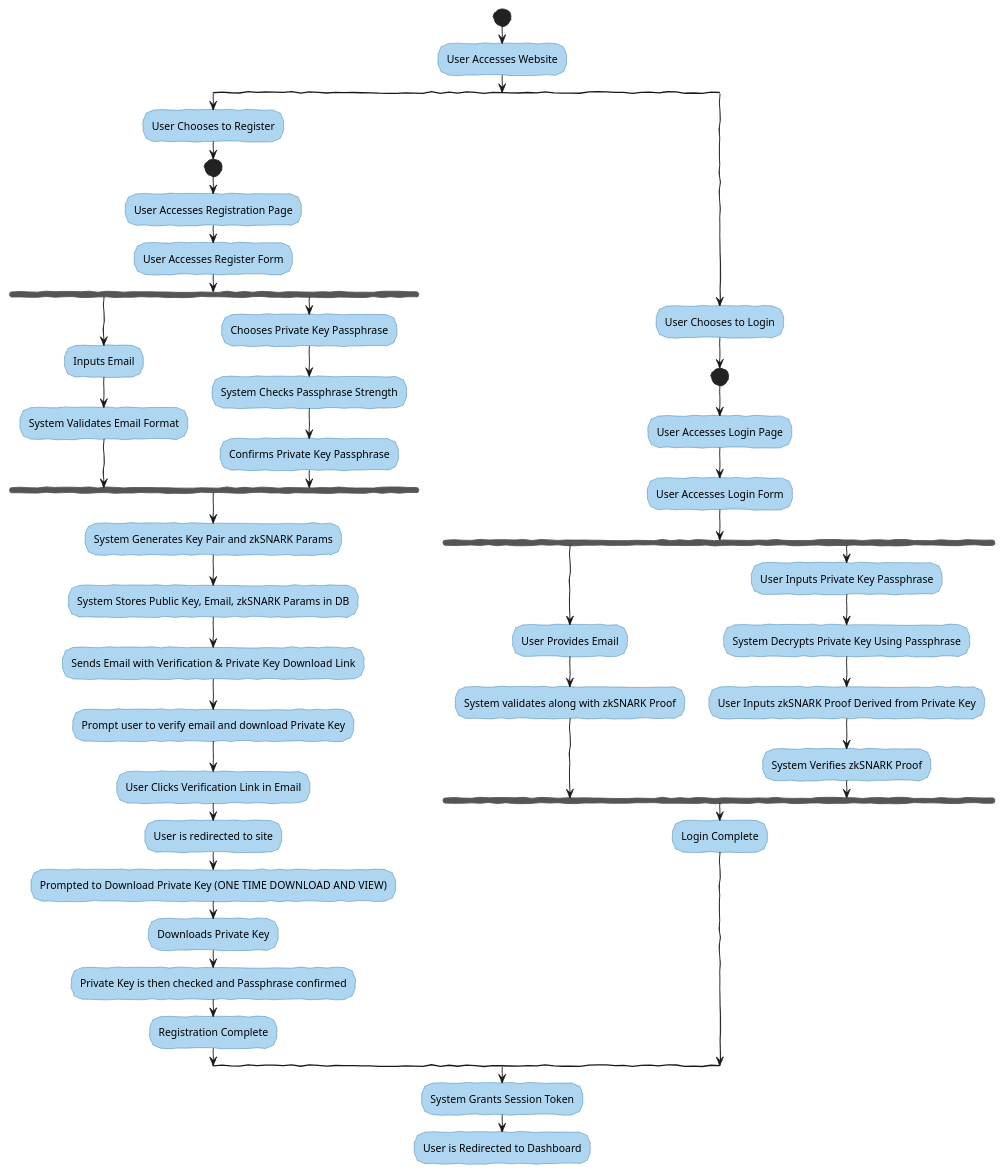
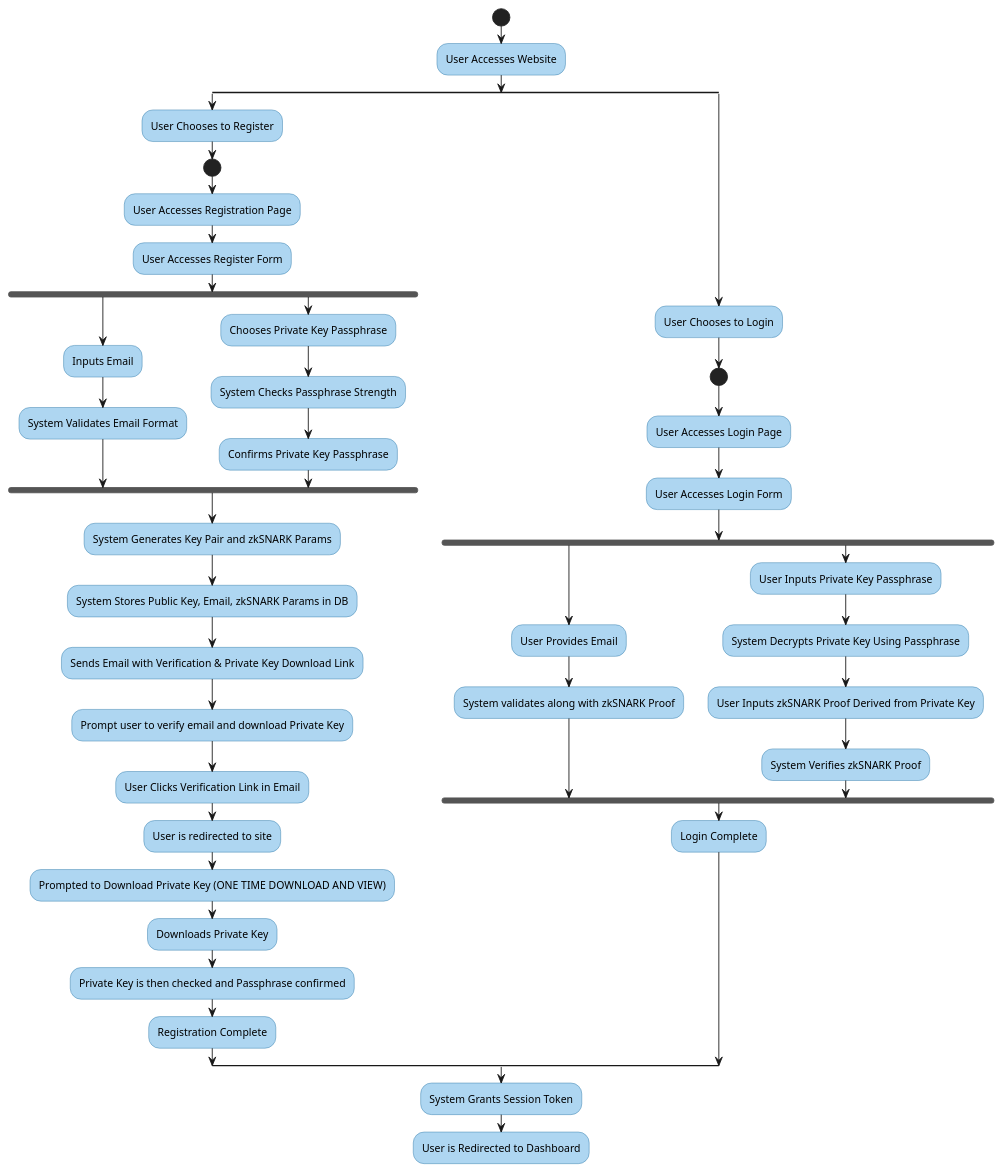
Before and after one commit to JonTDean/project_asclepius: the diagram in docs/UML/Auth/AuthFlow.md, drawn with PlantUML. The commit also changed 3 other files, not shown here.

Commit message:
Designed frontend UI architecture MVP

```diff
--- a/docs/UML/Auth/AuthFlow.md
+++ b/docs/UML/Auth/AuthFlow.md
@@ -1,76 +1,75 @@
 @startuml
 
 ' Styles for WBS
-skinparam handwritten true
 skinparam wbsDiagram {
   BackgroundColor #FCF3CF
   ArrowColor #F39C12
 }
 
 ' User Flow for Authentication System
 ' Level 1: Starting Point
 start
 
 :User Accesses Website;
 
 ' Color settings for the "Registration" split
 skinparam Activity {
   BackgroundColor #E6B0AA
   BorderColor #943126
 }
 
 ' Level 2: Initial Actions
 split
     :User Chooses to Register;
     ' Level 3: Registration Flow
     start
     :User Accesses Registration Page;
     :User Accesses Register Form;
     fork
         :Inputs Email;
         :System Validates Email Format;
     fork again
         :Chooses Private Key Passphrase;
         :System Checks Passphrase Strength;
         :Confirms Private Key Passphrase;
     end fork
 
     :System Generates Key Pair and zkSNARK Params;
     :System Stores Public Key, Email, zkSNARK Params in DB;
     :Sends Email with Verification & Private Key Download Link;
     :Prompt user to verify email and download Private Key;
     :User Clicks Verification Link in Email;
     :User is redirected to site;
     :Prompted to Download Private Key (ONE TIME DOWNLOAD AND VIEW);
     :Downloads Private Key;
     :Private Key is then checked and Passphrase confirmed;
     :Registration Complete;
 
 ' Color settings for the "Login" split
 skinparam Activity {
   BackgroundColor #AED6F1
   BorderColor #2874A6
 }
 
 split again
     :User Chooses to Login;
     ' Level 3: Login Flow
     start
     :User Accesses Login Page;
     :User Accesses Login Form;
     fork
         :User Provides Email;
         :System validates along with zkSNARK Proof;
     fork again
         :User Inputs Private Key Passphrase;
         :System Decrypts Private Key Using Passphrase;
         :User Inputs zkSNARK Proof Derived from Private Key;
         :System Verifies zkSNARK Proof;
     end fork
     :Login Complete;
 end split
 
 :System Grants Session Token;
 :User is Redirected to Dashboard;
 
 @enduml
```
